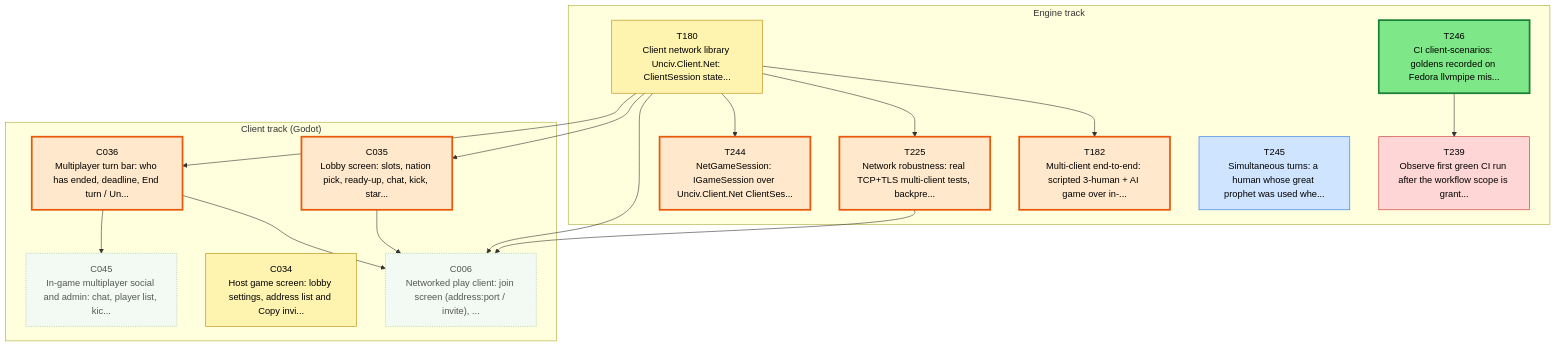
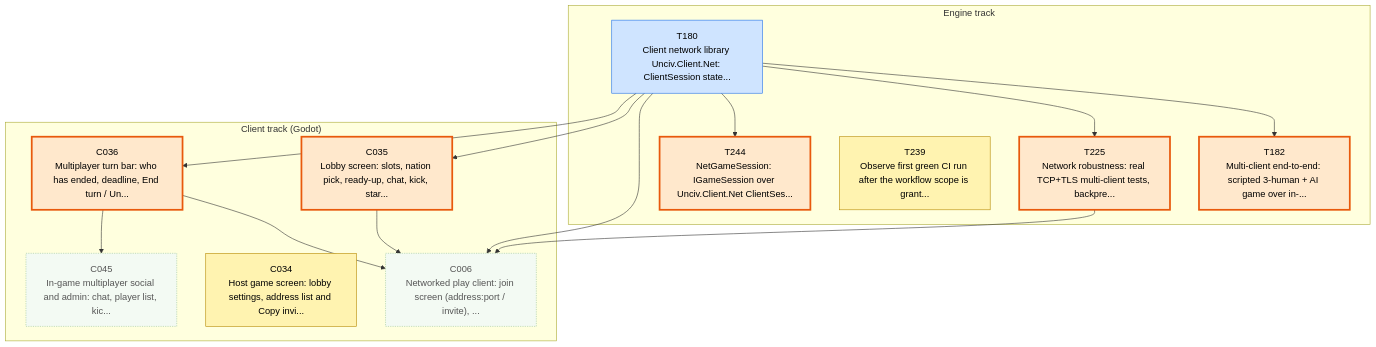
The first of 3 diagrams in csharp/migration/DEPENDENCY_MAP.md (Kenmura/Unciv), drawn with Mermaid before and after one commit. The commit also changed other lines of this file and 1 other file, not shown here.

Commit message:
migration: T245 review notes [Claude]

````diff
--- a/csharp/migration/DEPENDENCY_MAP.md
+++ b/csharp/migration/DEPENDENCY_MAP.md
@@ -24,49 +24,44 @@
 ```mermaid
 flowchart TD
   subgraph TTRACK["Engine track"]
     T180["T180<br/>Client network library Unciv.Client.Net: ClientSession state..."]
     T182["T182<br/>Multi-client end-to-end: scripted 3-human + AI game over in-..."]
     T225["T225<br/>Network robustness: real TCP+TLS multi-client tests, backpre..."]
     T239["T239<br/>Observe first green CI run after the workflow scope is grant..."]
     T244["T244<br/>NetGameSession: IGameSession over Unciv.Client.Net ClientSes..."]
-    T245["T245<br/>Simultaneous turns: a human whose great prophet was used whe..."]
-    T246["T246<br/>CI client-scenarios: goldens recorded on Fedora llvmpipe mis..."]
   end
   subgraph CTRACK["Client track (Godot)"]
     C006["C006<br/>Networked play client: join screen (address:port / invite), ..."]
     C034["C034<br/>Host game screen: lobby settings, address list and Copy invi..."]
     C035["C035<br/>Lobby screen: slots, nation pick, ready-up, chat, kick, star..."]
     C036["C036<br/>Multiplayer turn bar: who has ended, deadline, End turn / Un..."]
     C045["C045<br/>In-game multiplayer social and admin: chat, player list, kic..."]
   end
   T180 --> T182
   T180 --> T225
-  T246 --> T239
   T180 --> T244
   T180 --> C006
   C035 --> C006
   C036 --> C006
   T225 --> C006
   T180 --> C035
   T180 --> C036
   C036 --> C045
   classDef waiting fill:#f3faf3,stroke:#9bc49b,color:#555,stroke-dasharray:2 2
   classDef ondeck fill:#ffe8cc,stroke:#e8590c,stroke-width:3px,color:#000
   classDef ready fill:#7ee787,stroke:#1a7f37,stroke-width:3px,color:#000
   classDef prog fill:#fff3b0,stroke:#b58900,color:#000
   classDef review fill:#cfe4ff,stroke:#1f6feb,color:#000
   classDef blocked fill:#ffd6d6,stroke:#c62828,color:#000
   classDef done fill:#eeeeee,stroke:#999999,color:#666,stroke-dasharray:4 3
   class C006 waiting
   class C034 prog
   class C035 ondeck
   class C036 ondeck
   class C045 waiting
-  class T180 prog
+  class T180 review
   class T182 ondeck
   class T225 ondeck
-  class T239 blocked
+  class T239 prog
   class T244 ondeck
-  class T245 review
-  class T246 ready
 ```
````
